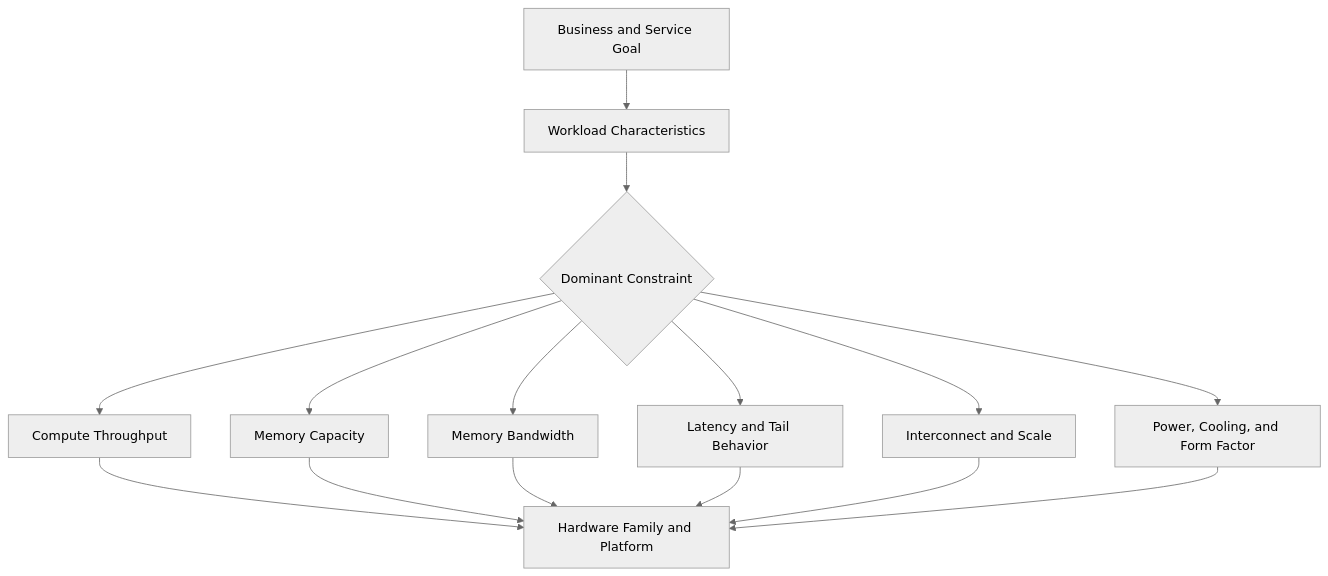
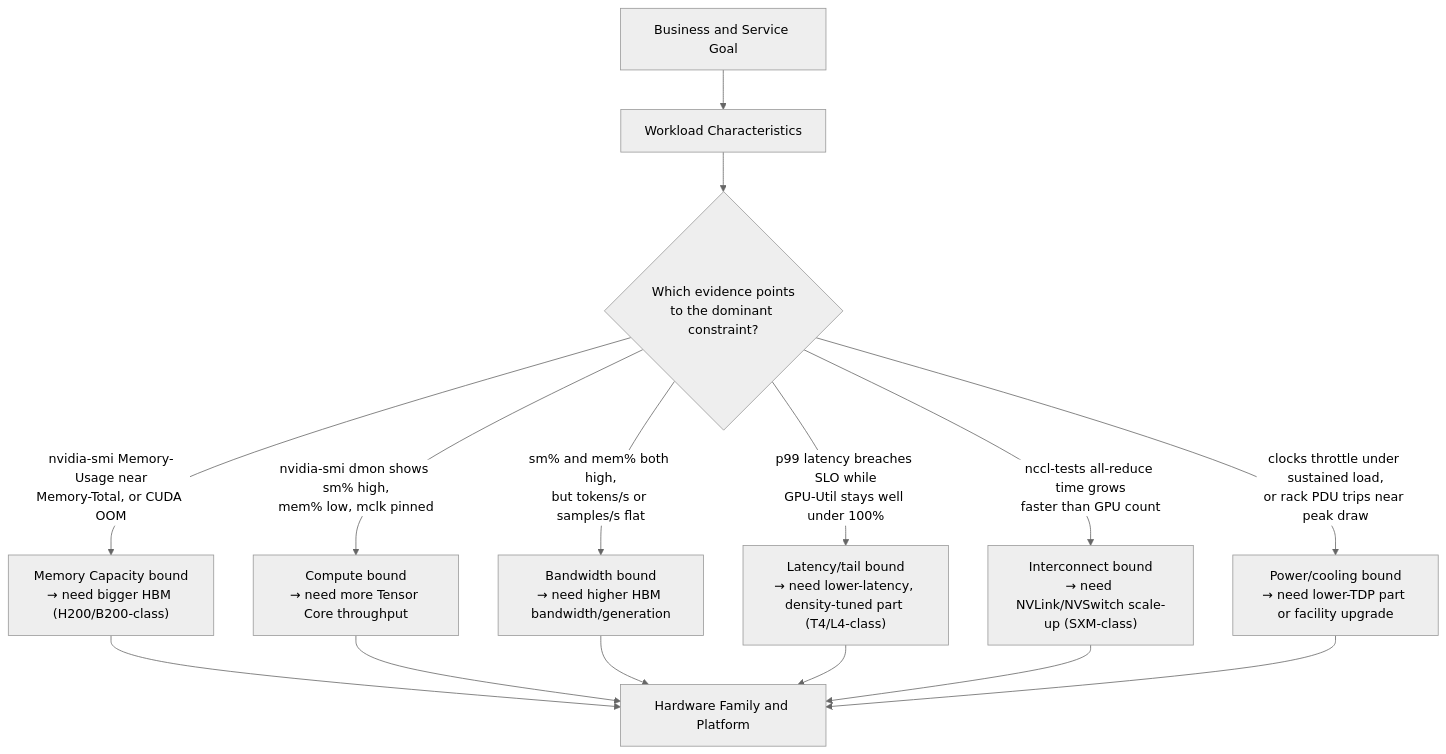
One commit to jithinpnjm/nvidia-devops changed the diagram in docs/nvidia-zero-to-hero/volume-04/chapter-01-why-nvidia-has-multiple-gpu-families.md. Above: the diagram before and after it, drawn with Mermaid (neutral theme). The commit also changed other lines of this file and 6 other files, not shown here.

````diff
--- a/docs/nvidia-zero-to-hero/volume-04/chapter-01-why-nvidia-has-multiple-gpu-families.md
+++ b/docs/nvidia-zero-to-hero/volume-04/chapter-01-why-nvidia-has-multiple-gpu-families.md
@@ -31,27 +31,19 @@
 ```mermaid
 flowchart TD
-    Goal[Business and Service Goal]
-    Work[Workload Characteristics]
-    Constraint{Dominant Constraint}
-    Compute[Compute Throughput]
-    Capacity[Memory Capacity]
-    Bandwidth[Memory Bandwidth]
-    Latency[Latency and Tail Behavior]
-    Scale[Interconnect and Scale]
-    Facility[Power, Cooling, and Form Factor]
-    Choice[Hardware Family and Platform]
+    Goal[Business and Service Goal] --> Work[Workload Characteristics]
+    Work --> Constraint{"Which evidence points<br/>to the dominant constraint?"}
 
-    Goal --> Work --> Constraint
-    Constraint --> Compute
-    Constraint --> Capacity
-    Constraint --> Bandwidth
-    Constraint --> Latency
-    Constraint --> Scale
-    Constraint --> Facility
+    Constraint -->|"nvidia-smi Memory-Usage near<br/>Memory-Total, or CUDA OOM"| Capacity["Memory Capacity bound<br/>→ need bigger HBM (H200/B200-class)"]
+    Constraint -->|"nvidia-smi dmon shows sm% high,<br/>mem% low, mclk pinned"| Compute["Compute bound<br/>→ need more Tensor Core throughput"]
+    Constraint -->|"sm% and mem% both high,<br/>but tokens/s or samples/s flat"| Bandwidth["Bandwidth bound<br/>→ need higher HBM bandwidth/generation"]
+    Constraint -->|"p99 latency breaches SLO while<br/>GPU-Util stays well under 100%"| Latency["Latency/tail bound<br/>→ need lower-latency, density-tuned part (T4/L4-class)"]
+    Constraint -->|"nccl-tests all-reduce time grows<br/>faster than GPU count"| Scale["Interconnect bound<br/>→ need NVLink/NVSwitch scale-up (SXM-class)"]
+    Constraint -->|"clocks throttle under sustained load,<br/>or rack PDU trips near peak draw"| Facility["Power/cooling bound<br/>→ need lower-TDP part or facility upgrade"]
+
+    Capacity --> Choice[Hardware Family and Platform]
     Compute --> Choice
-    Capacity --> Choice
     Bandwidth --> Choice
     Latency --> Choice
     Scale --> Choice
     Facility --> Choice
 ```
````
